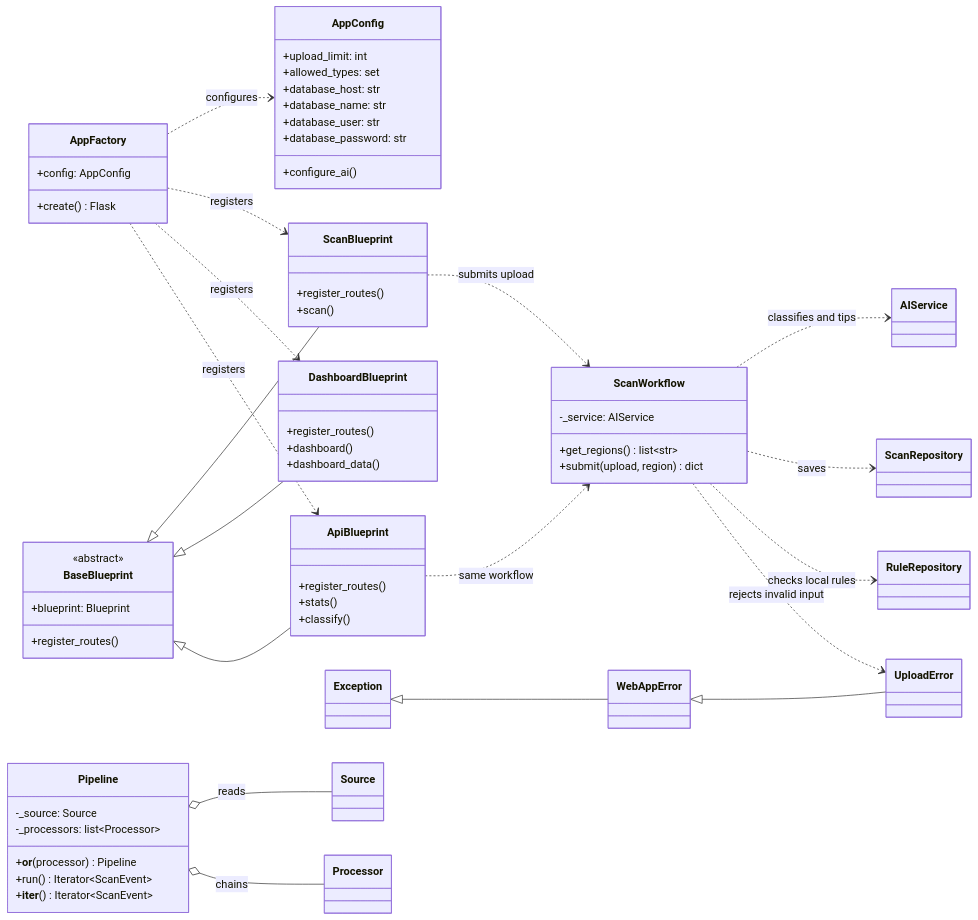
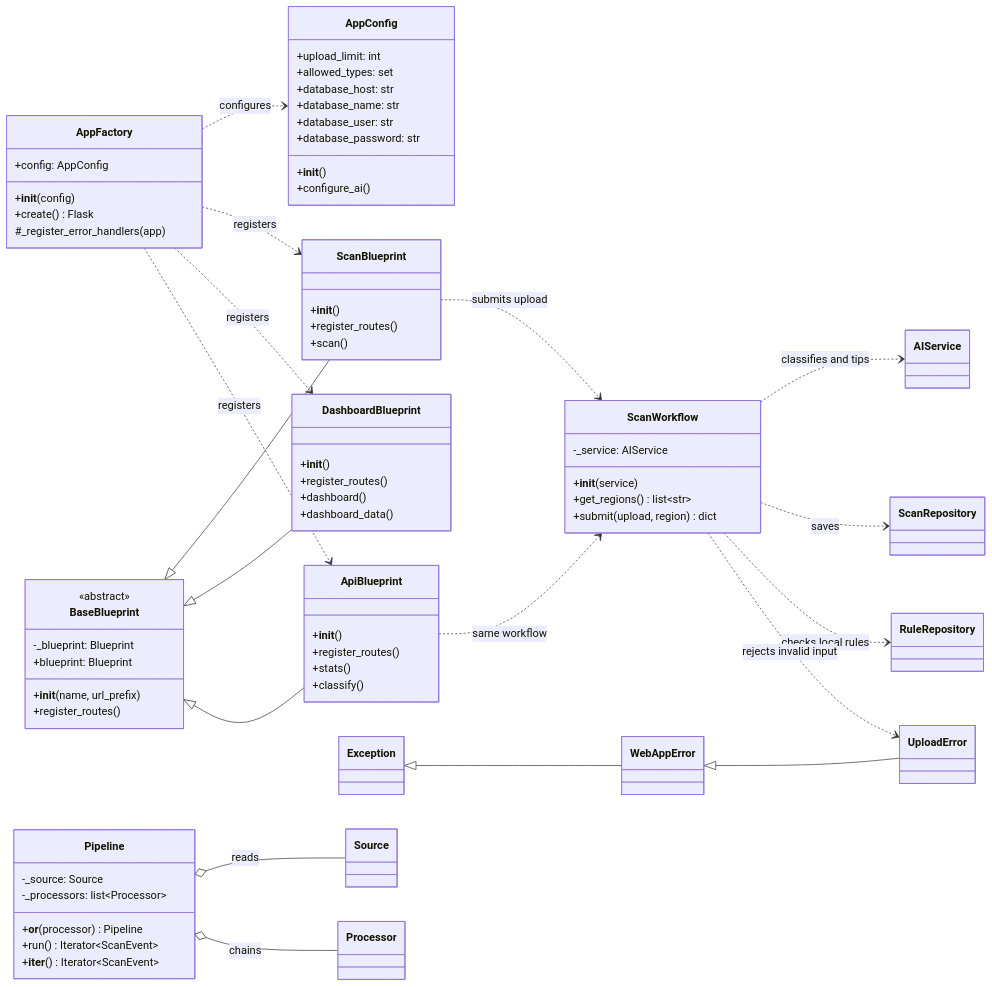
The second of 6 diagrams in README.md (Timmyy3000/waste-sorting-assistant), drawn with Mermaid before and after one commit. The commit also changed other lines of this file, not shown here.

Commit message:
docs(ht4): document D constructors and verified coverage

````diff
--- a/README.md
+++ b/README.md
@@ -107,67 +107,76 @@
 ```mermaid
 classDiagram
     direction LR
     class AppConfig {
+        +__init__()
         +upload_limit: int
         +allowed_types: set
         +database_host: str
         +database_name: str
         +database_user: str
         +database_password: str
         +configure_ai()
     }
     class AppFactory {
+        +__init__(config)
         +config: AppConfig
         +create() Flask
+        #_register_error_handlers(app)
     }
     class BaseBlueprint {
         <<abstract>>
+        -_blueprint: Blueprint
+        +__init__(name, url_prefix)
         +blueprint: Blueprint
         +register_routes()
     }
     class ScanBlueprint {
+        +__init__()
         +register_routes()
         +scan()
     }
     class ScanWorkflow {
         -_service: AIService
+        +__init__(service)
         +get_regions() list~str~
         +submit(upload, region) dict
     }
     class DashboardBlueprint {
+        +__init__()
         +register_routes()
         +dashboard()
         +dashboard_data()
     }
     class ApiBlueprint {
+        +__init__()
         +register_routes()
         +stats()
         +classify()
     }
     class WebAppError
     class UploadError
     class Pipeline {
         -_source: Source
         -_processors: list~Processor~
         +__or__(processor) Pipeline
         +run() Iterator~ScanEvent~
         +__iter__() Iterator~ScanEvent~
     }
     BaseBlueprint <|-- ScanBlueprint
     BaseBlueprint <|-- DashboardBlueprint
     BaseBlueprint <|-- ApiBlueprint
     Exception <|-- WebAppError
     WebAppError <|-- UploadError
     AppFactory ..> AppConfig : configures
     AppFactory ..> ScanBlueprint : registers
     AppFactory ..> DashboardBlueprint : registers
     AppFactory ..> ApiBlueprint : registers
     ScanBlueprint ..> ScanWorkflow : submits upload
     ApiBlueprint ..> ScanWorkflow : same workflow
     ScanWorkflow ..> AIService : classifies and tips
     ScanWorkflow ..> ScanRepository : saves
     ScanWorkflow ..> RuleRepository : checks local rules
     ScanWorkflow ..> UploadError : rejects invalid input
     Pipeline o-- Source : reads
     Pipeline o-- Processor : chains
 ```
````
